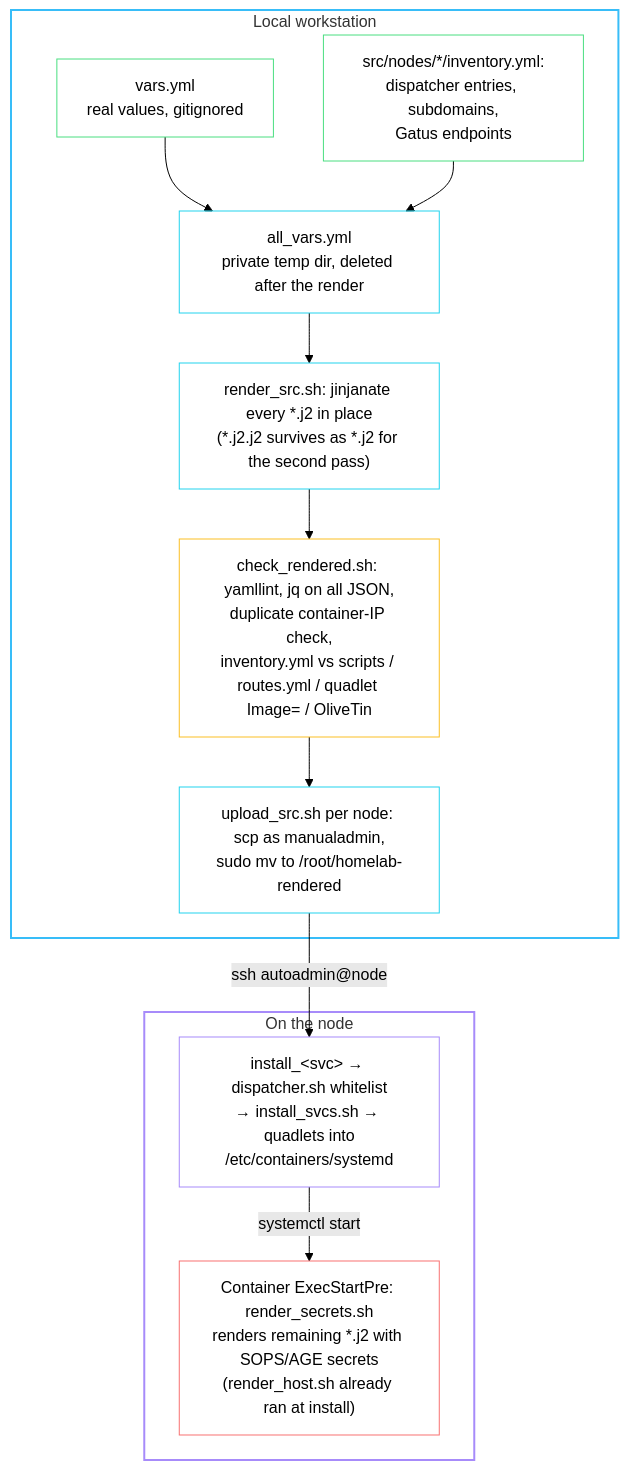
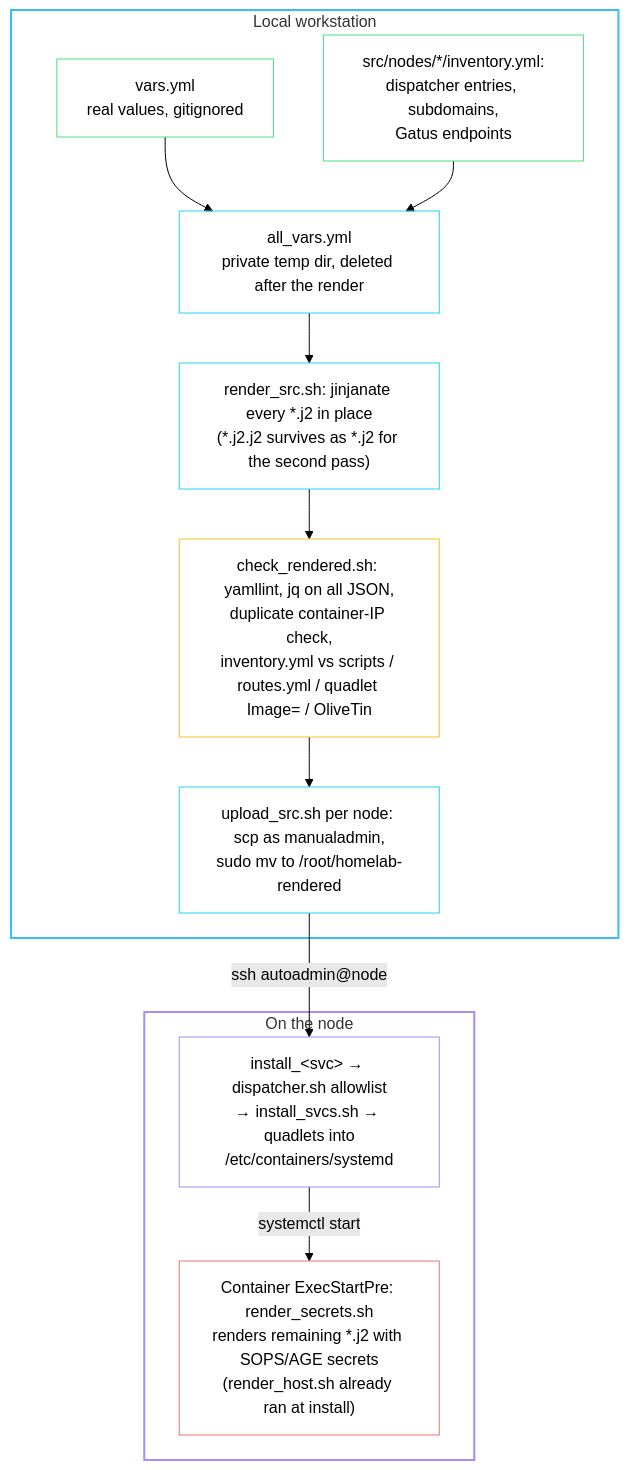
Before and after one commit to babraham123/homelab: the diagram in docs/development.md, drawn with Mermaid (forest theme). The commit also changed 27 other files, not shown here.

First line of the commit message:
Say allowlist instead of whitelist

````diff
--- a/docs/development.md
+++ b/docs/development.md
@@ -87,35 +87,35 @@
 ```mermaid
 flowchart TB
     subgraph local["Local workstation"]
         vars["vars.yml<br/>real values, gitignored"]
         inventory["src/nodes/*/inventory.yml:<br/>dispatcher entries, subdomains,<br/>Gatus endpoints"]
         allvars["all_vars.yml<br/>private temp dir, deleted after the render"]
         render["render_src.sh: jinjanate every *.j2 in place<br/>(*.j2.j2 survives as *.j2 for the second pass)"]
         validate["check_rendered.sh: yamllint, jq on all JSON,<br/>duplicate container-IP check,<br/>inventory.yml vs scripts / routes.yml / quadlet Image= / OliveTin"]
         upload["upload_src.sh per node: scp as manualadmin,<br/>sudo mv to /root/homelab-rendered"]
     end
 
     subgraph node["On the node"]
-        dispatch["install_&lt;svc&gt; → dispatcher.sh whitelist<br/>→ install_svcs.sh → quadlets into<br/>/etc/containers/systemd"]
+        dispatch["install_&lt;svc&gt; → dispatcher.sh allowlist<br/>→ install_svcs.sh → quadlets into<br/>/etc/containers/systemd"]
         second["Container ExecStartPre: render_secrets.sh<br/>renders remaining *.j2 with SOPS/AGE secrets<br/>(render_host.sh already ran at install)"]
     end
 
     vars --> allvars
     inventory --> allvars
     allvars --> render --> validate --> upload
     upload -- "ssh autoadmin@node" --> dispatch
     dispatch -- "systemctl start" --> second
 
     style local stroke:#38bdf8,stroke-width:2px,fill:transparent
     style node stroke:#a78bfa,stroke-width:2px,fill:transparent
     classDef input stroke:#4ade80,fill:transparent
     classDef step stroke:#22d3ee,fill:transparent
     classDef onnode stroke:#a78bfa,fill:transparent
     classDef check stroke:#fbbf24,fill:transparent
     classDef secret stroke:#f87171,fill:transparent
     class vars,inventory input
     class allvars,render,upload step
     class dispatch onnode
     class validate check
     class second secret
 ```
````
